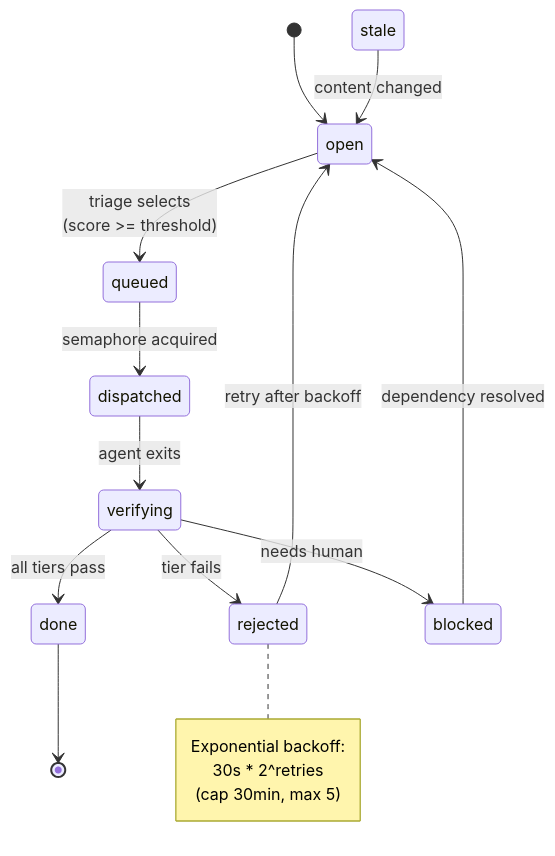
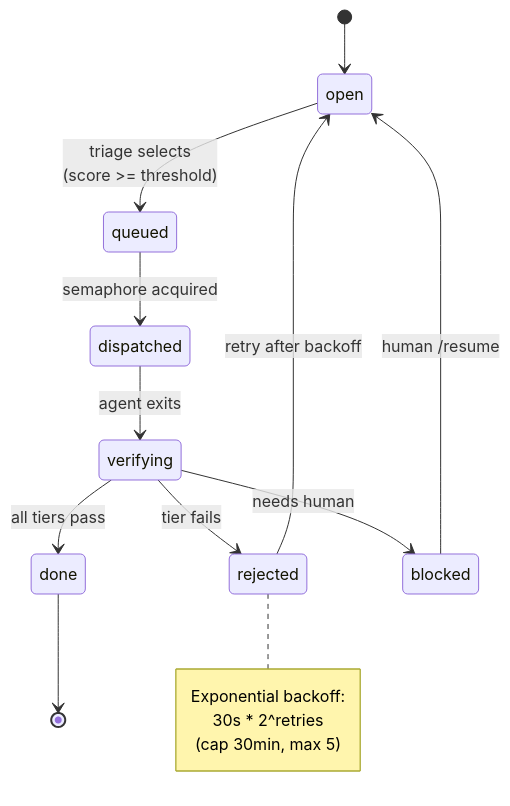
Before and after one commit to agentic-research/rosary: the third of 7 diagrams in docs/ARCHITECTURE.md, drawn with Mermaid. The commit also changed other lines of this file, not shown here.

First line of the commit message:
docs: update ARCHITECTURE.md — add new modules, fix stale diagrams

````diff
--- a/docs/ARCHITECTURE.md
+++ b/docs/ARCHITECTURE.md
@@ -59,24 +67,22 @@
 ```mermaid
 stateDiagram-v2
     [*] --> open
 
     open --> queued : triage selects<br/>(score >= threshold)
     queued --> dispatched : semaphore acquired
     dispatched --> verifying : agent exits
     verifying --> done : all tiers pass
     verifying --> rejected : tier fails
     verifying --> blocked : needs human
 
     rejected --> open : retry after backoff
-    blocked --> open : dependency resolved
+    blocked --> open : human /resume
 
     done --> [*]
-
-    stale --> open : content changed
 
     note right of rejected
         Exponential backoff:
         30s * 2^retries
         (cap 30min, max 5)
     end note
 ```
````
